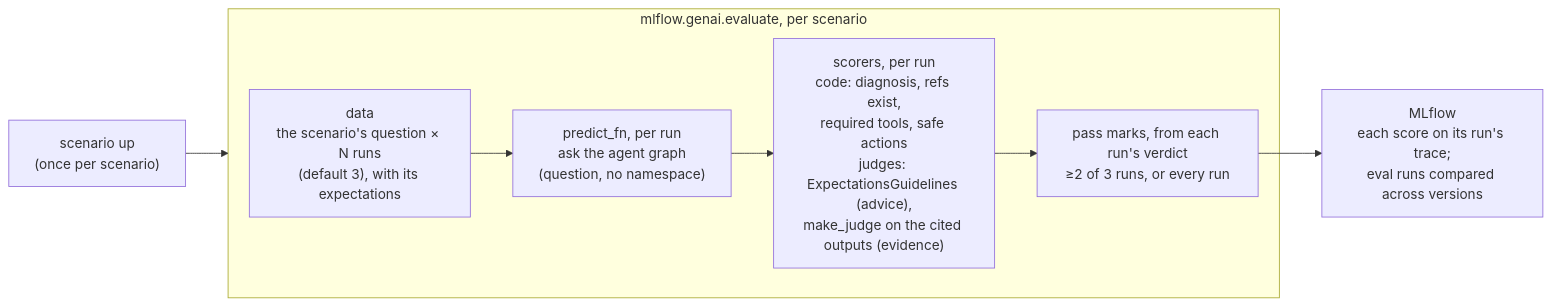
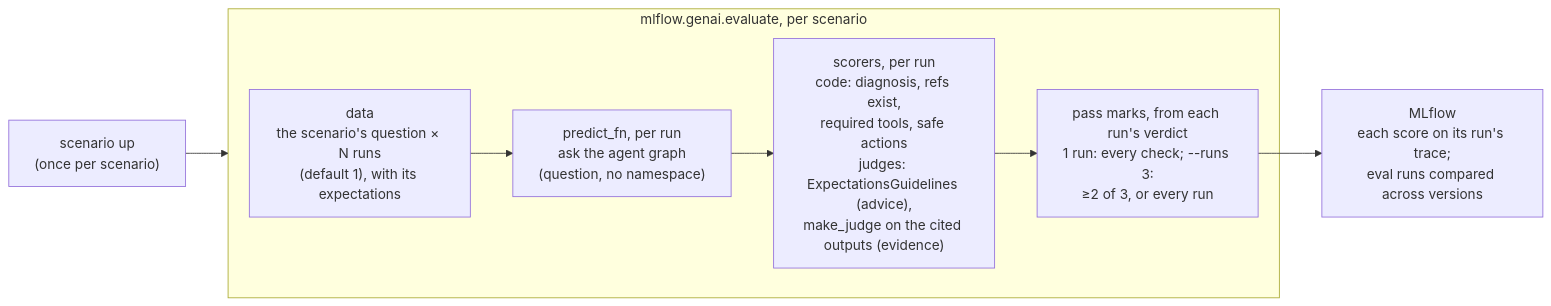
One commit to tomershukhman/k8s-troubleshooting-agent changed the seventh of 7 diagrams in SPEC.md. Above: the diagram before and after it, drawn with Mermaid. The commit also changed other lines of this file, not shown here.

````diff
--- a/SPEC.md
+++ b/SPEC.md
@@ -700,11 +719,11 @@
 ```mermaid
 flowchart LR
     up["scenario up<br/>(once per scenario)"] --> ev
     subgraph ev["mlflow.genai.evaluate, per scenario"]
-        data["data<br/>the scenario's question × N runs<br/>(default 3), with its expectations"] --> predict
+        data["data<br/>the scenario's question × N runs<br/>(default 1), with its expectations"] --> predict
         predict["predict_fn, per run<br/>ask the agent graph<br/>(question, no namespace)"]
         predict --> scorers["scorers, per run<br/>code: diagnosis, refs exist,<br/>required tools, safe actions<br/>judges: ExpectationsGuidelines (advice),<br/>make_judge on the cited outputs (evidence)"]
-        scorers --> criteria["pass marks, from each run's verdict<br/>≥2 of 3 runs, or every run"]
+        scorers --> criteria["pass marks, from each run's verdict<br/>1 run: every check; --runs 3:<br/>≥2 of 3, or every run"]
     end
     criteria --> ml["MLflow<br/>each score on its run's trace;<br/>eval runs compared across versions"]
 ```
````
